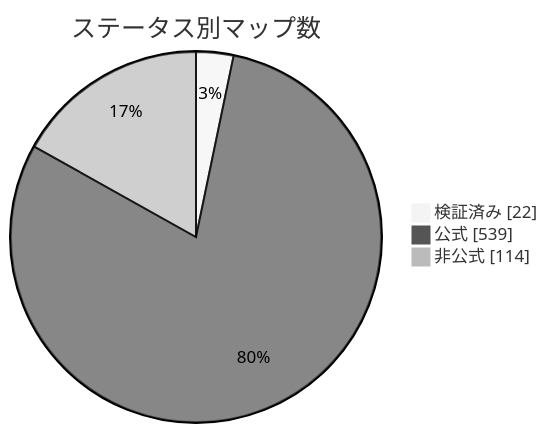
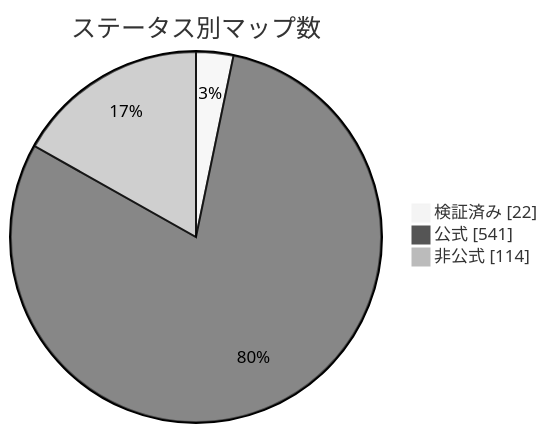
Before and after one commit to nobrega8/mbmap-library: the diagram in docs/readme/README_JP.md, drawn with Mermaid (neutral theme). The commit also changed 7 other files, not shown here.

````diff
--- a/docs/readme/README_JP.md
+++ b/docs/readme/README_JP.md
@@ -54,7 +54,7 @@
 ```mermaid
 pie showData
     title ステータス別マップ数
     "検証済み" : 22
-    "公式" : 539
+    "公式" : 541
     "非公式" : 114
 ```
````
